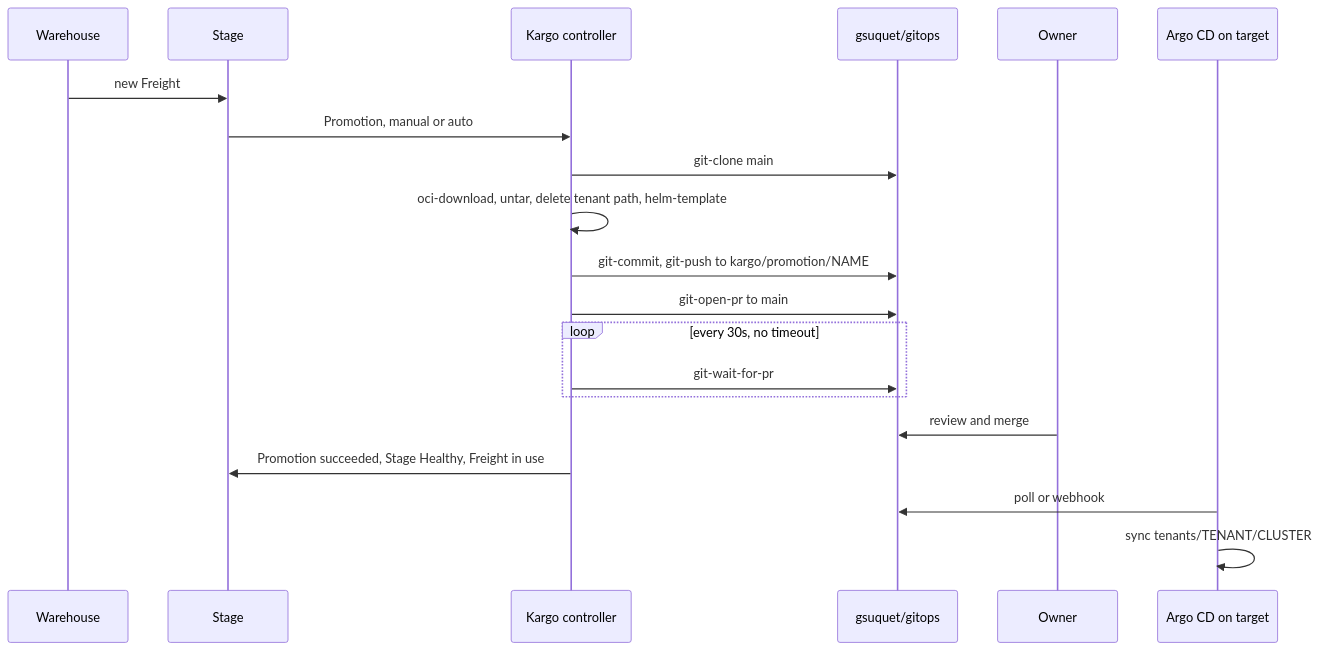
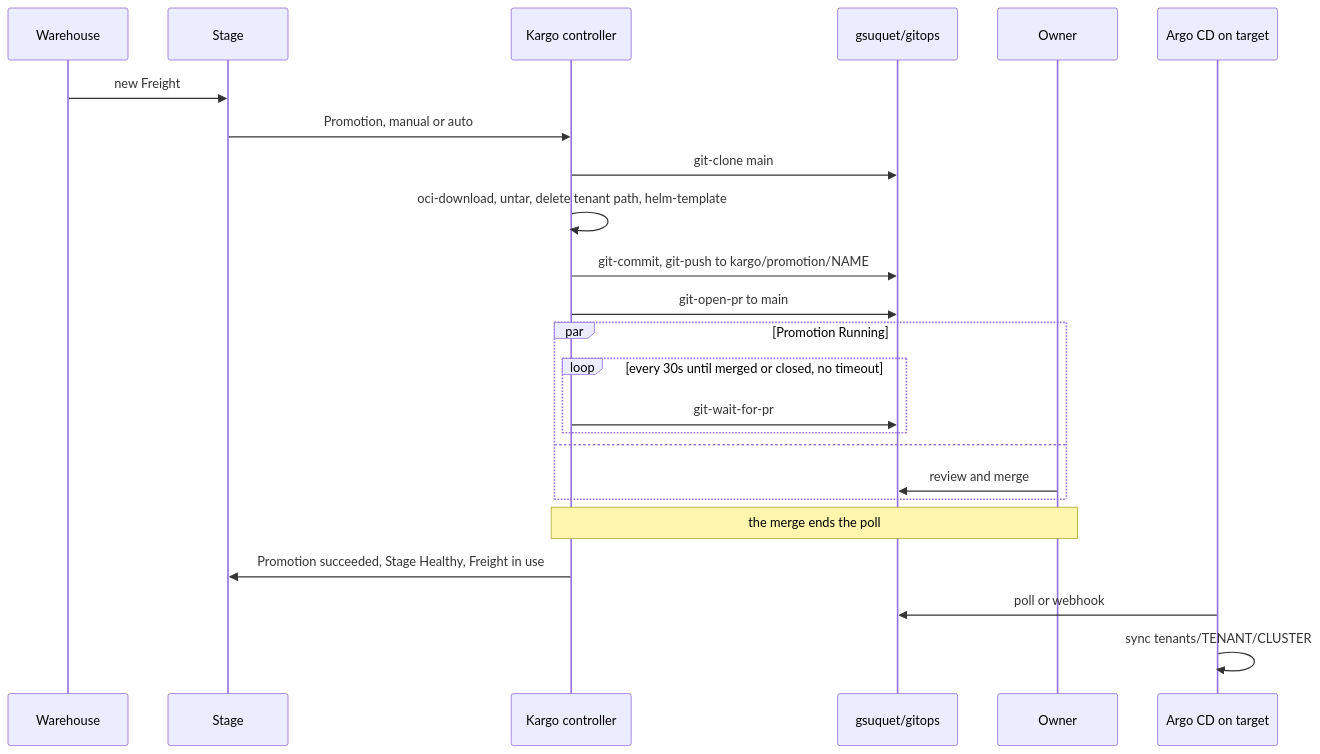
Before and after one commit to gsuquet/infra: the second of 2 diagrams in docs/rfc/0021-tenant-promotion-with-kargo.md, drawn with Mermaid. The commit also changed other lines of this file, not shown here.

First line of the commit message:
docs(rfc): address challenge review on RFC 0021

````diff
--- a/docs/rfc/0021-tenant-promotion-with-kargo.md
+++ b/docs/rfc/0021-tenant-promotion-with-kargo.md
@@ -188,22 +189,26 @@
 ```mermaid
 sequenceDiagram
     participant W as Warehouse
     participant S as Stage
     participant K as Kargo controller
     participant G as gsuquet/gitops
     participant H as Owner
     participant A as Argo CD on target
     W->>S: new Freight
     S->>K: Promotion, manual or auto
     K->>G: git-clone main
     K->>K: oci-download, untar, delete tenant path, helm-template
     K->>G: git-commit, git-push to kargo/promotion/NAME
     K->>G: git-open-pr to main
-    loop every 30s, no timeout
-        K->>G: git-wait-for-pr
+    par Promotion Running
+        loop every 30s until merged or closed, no timeout
+            K->>G: git-wait-for-pr
+        end
+    and
+        H->>G: review and merge
     end
-    H->>G: review and merge
+    Note over K,H: the merge ends the poll
     K->>S: Promotion succeeded, Stage Healthy, Freight in use
     A->>G: poll or webhook
     A->>A: sync tenants/TENANT/CLUSTER
 ```
````
